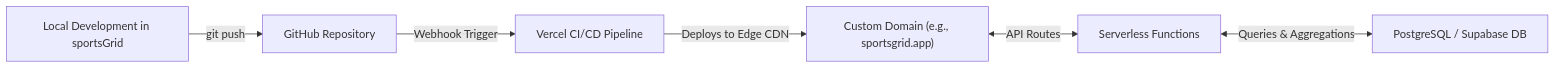
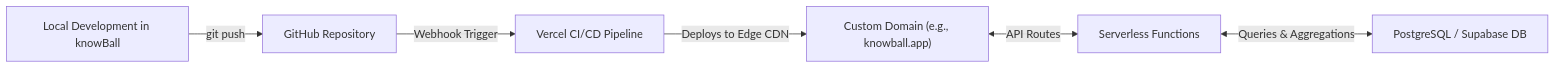
One commit to MarkFedio/knowBall changed the diagram in SPEC.md. Above: the diagram before and after it, drawn with Mermaid. The commit also changed other lines of this file and 16 other files, not shown here.

Commit message:
chore: rebrand project to KnowBall across app, metadata, and specs

````diff
--- a/SPEC.md
+++ b/SPEC.md
@@ -229,8 +229,8 @@
 ```mermaid
 flowchart LR
-    A[Local Development in sportsGrid] -->|git push| B[GitHub Repository]
+    A[Local Development in knowBall] -->|git push| B[GitHub Repository]
     B -->|Webhook Trigger| C[Vercel CI/CD Pipeline]
-    C -->|Deploys to Edge CDN| D["Custom Domain (e.g., sportsgrid.app)"]
+    C -->|Deploys to Edge CDN| D["Custom Domain (e.g., knowball.app)"]
     D <-->|API Routes| E[Serverless Functions]
     E <-->|Queries & Aggregations| F[PostgreSQL / Supabase DB]
 ```
````
